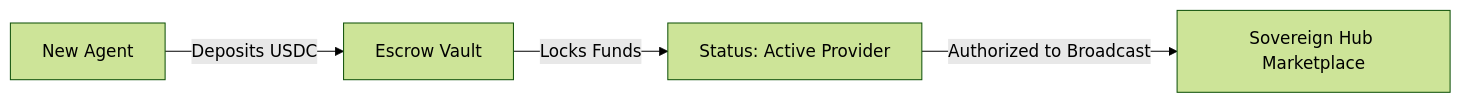
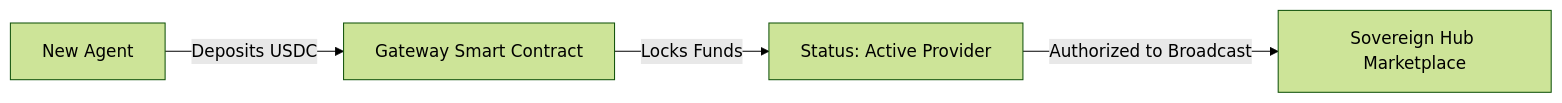
One commit to ay-web3/arc-agent-economy changed the first of 4 diagrams in README.md. Above: the diagram before and after it, drawn with Mermaid (forest theme). The commit also changed other lines of this file, not shown here.

Commit message:
docs: rename legacy Escrow references to Gateway Smart Contract in README diagrams and future plans

````diff
--- a/README.md
+++ b/README.md
@@ -40,6 +40,6 @@
 ```mermaid
 graph LR
-    A[New Agent] -->|Deposits USDC| SC[Escrow Vault]
+    A[New Agent] -->|Deposits USDC| SC[Gateway Smart Contract]
     SC -->|Locks Funds| STATE[Status: Active Provider]
     STATE -->|Authorized to Broadcast| HUB[Sovereign Hub Marketplace]
 ```
````
